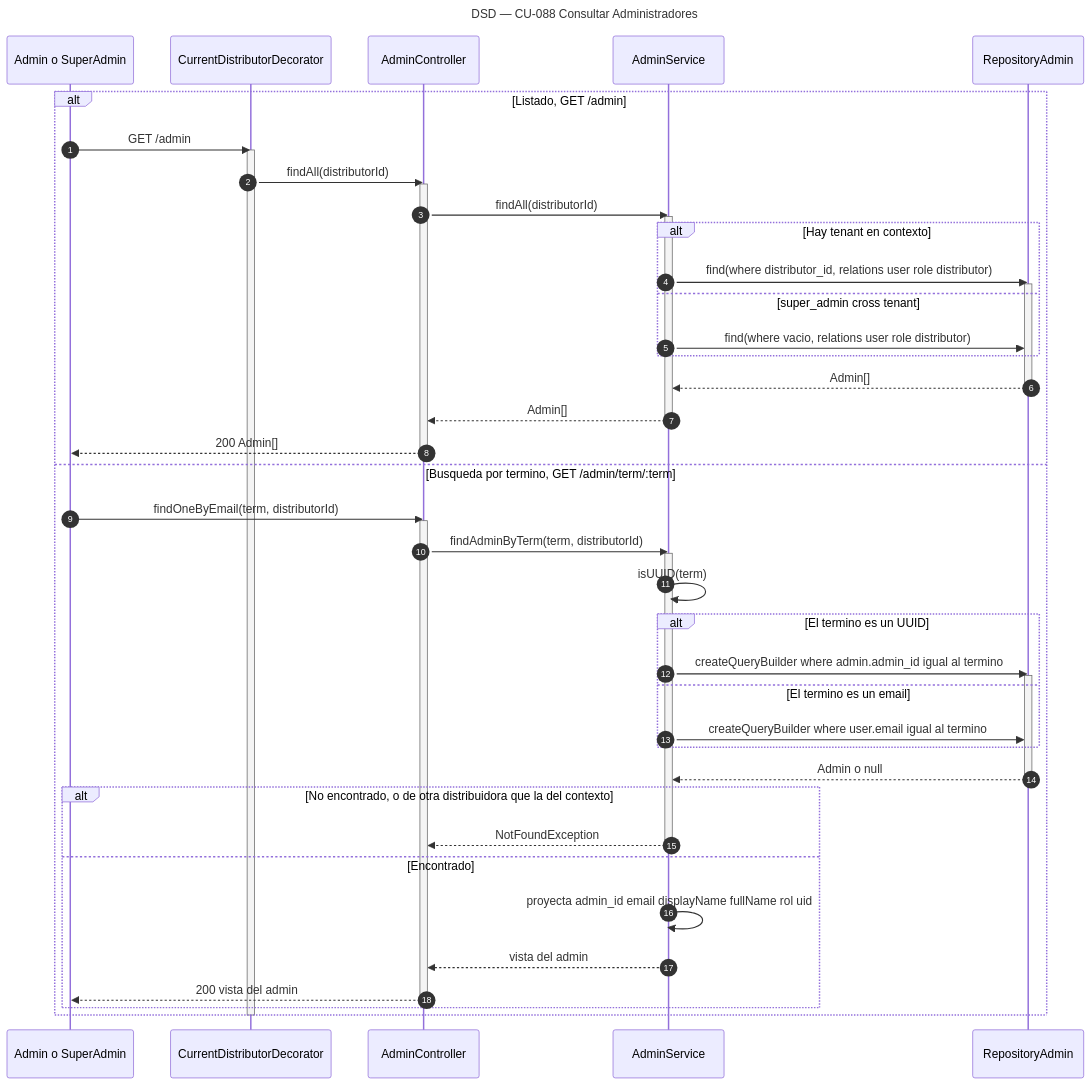
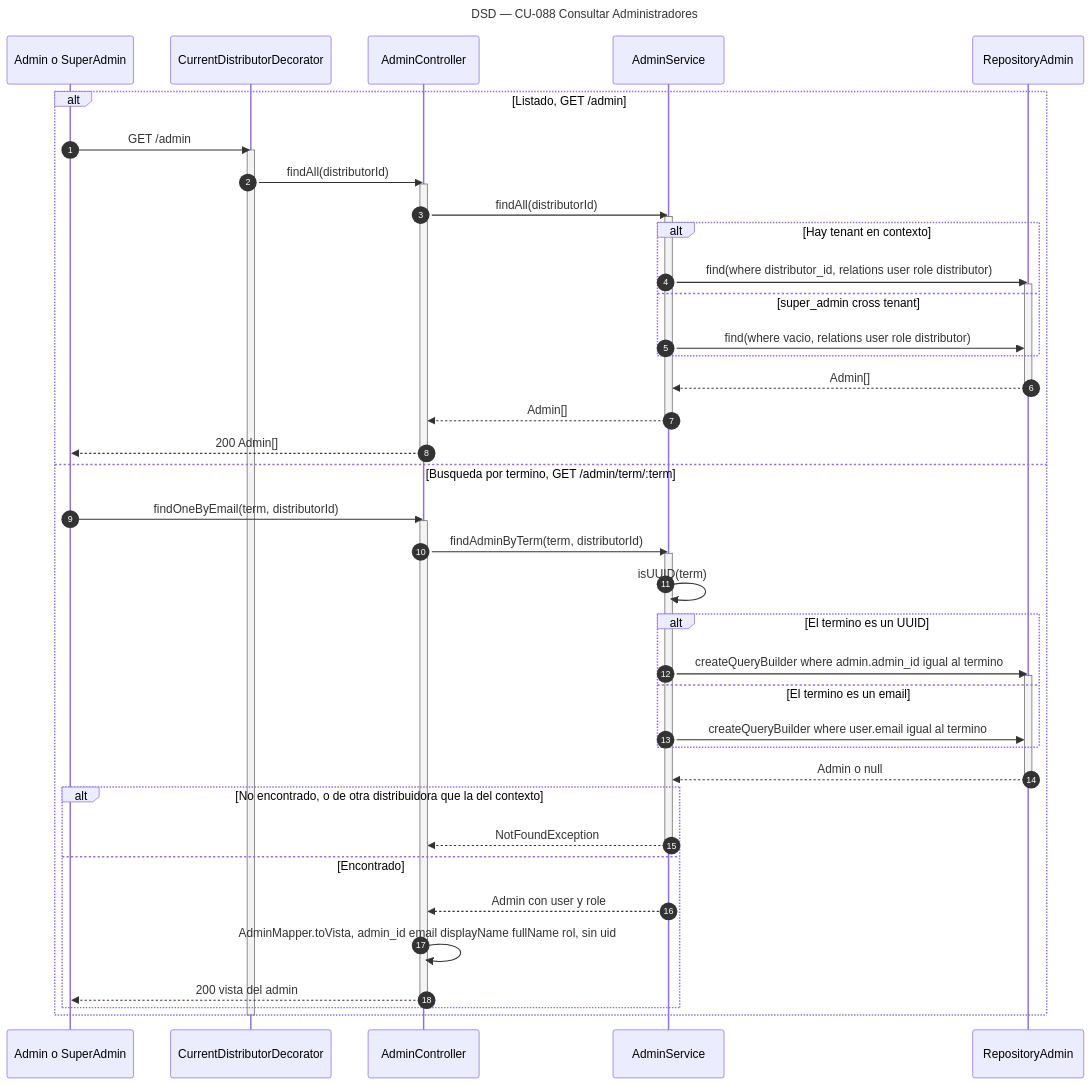
The diagram in diagramas/DSD_CU-088_Consultar-Administradores.mmd (Nahuelito-Dev/splg-docs), drawn with Mermaid before and after one commit. The commit also changed 53 other files, not shown here.

```diff
--- a/diagramas/DSD_CU-088_Consultar-Administradores.mmd
+++ b/diagramas/DSD_CU-088_Consultar-Administradores.mmd
@@ -1,53 +1,53 @@
 sequenceDiagram
     title DSD — CU-088 Consultar Administradores
     autonumber
     participant ADM as Admin o SuperAdmin
     participant DEC as CurrentDistributorDecorator
     participant CTRL as AdminController
     participant SRV as AdminService
     participant AREP as RepositoryAdmin
 
     alt Listado, GET /admin
         ADM->>DEC: GET /admin
         activate DEC
         DEC->>CTRL: findAll(distributorId)
         activate CTRL
         CTRL->>SRV: findAll(distributorId)
         activate SRV
         alt Hay tenant en contexto
             SRV->>AREP: find(where distributor_id, relations user role distributor)
             activate AREP
         else super_admin cross tenant
             SRV->>AREP: find(where vacio, relations user role distributor)
         end
         AREP-->>SRV: Admin[]
         deactivate AREP
         SRV-->>CTRL: Admin[]
         deactivate SRV
         CTRL-->>ADM: 200 Admin[]
         deactivate CTRL
     else Busqueda por termino, GET /admin/term/:term
         ADM->>CTRL: findOneByEmail(term, distributorId)
         activate CTRL
         CTRL->>SRV: findAdminByTerm(term, distributorId)
         activate SRV
         SRV->>SRV: isUUID(term)
         alt El termino es un UUID
             SRV->>AREP: createQueryBuilder where admin.admin_id igual al termino
             activate AREP
         else El termino es un email
             SRV->>AREP: createQueryBuilder where user.email igual al termino
         end
         AREP-->>SRV: Admin o null
         deactivate AREP
         alt No encontrado, o de otra distribuidora que la del contexto
             SRV-->>CTRL: NotFoundException
             deactivate SRV
         else Encontrado
-            SRV->>SRV: proyecta admin_id email displayName fullName rol uid
-            SRV-->>CTRL: vista del admin
+            SRV-->>CTRL: Admin con user y role
+            CTRL->>CTRL: AdminMapper.toVista, admin_id email displayName fullName rol, sin uid
             CTRL-->>ADM: 200 vista del admin
             deactivate CTRL
         end
     end
     deactivate DEC
```
